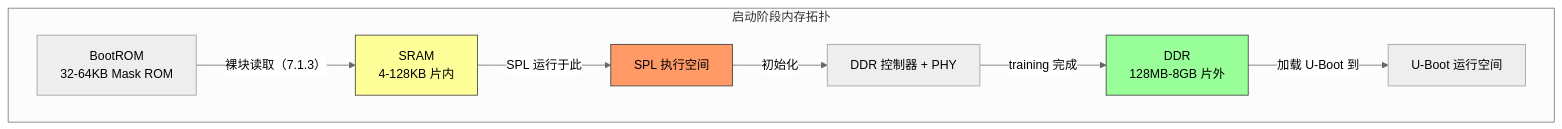
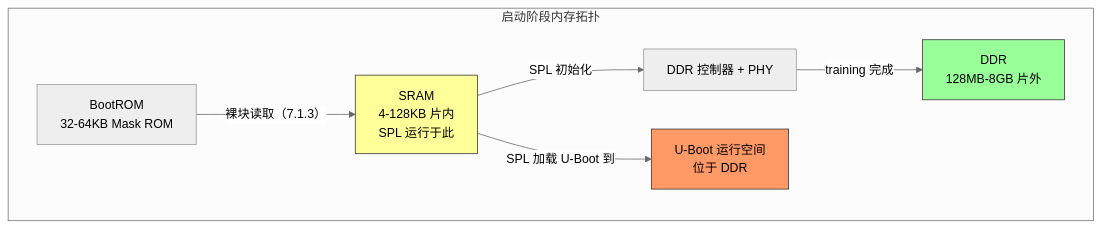
The first of 2 diagrams in docs/02-核心机制深度解析/第7章 启动链深度解析/7.2.1_SPL的存在理由与内存约束.md (xiaohong0925/Embedded_Knowledge_System_V2026), drawn with Mermaid (neutral theme) before and after one commit. The commit also changed other lines of this file and 68 other files, not shown here.

````diff
--- a/docs/02-核心机制深度解析/第7章 启动链深度解析/7.2.1_SPL的存在理由与内存约束.md
+++ b/docs/02-核心机制深度解析/第7章 启动链深度解析/7.2.1_SPL的存在理由与内存约束.md
@@ -48,14 +62,13 @@
 ```mermaid
 graph TB
     subgraph "启动阶段内存拓扑"
-    A["BootROM<br/>32-64KB Mask ROM"] -->|"裸块读取（7.1.3）"| B["SRAM<br/>4-128KB 片内"]
-    B -->|"SPL 运行于此"| C["SPL 执行空间"]
-    C -->|"初始化"| D["DDR 控制器 + PHY"]
+    A["BootROM<br/>32-64KB Mask ROM"] -->|"裸块读取（7.1.3）"| B["SRAM<br/>4-128KB 片内<br/>SPL 运行于此"]
+    B -->|"SPL 初始化"| D["DDR 控制器 + PHY"]
     D -->|"training 完成"| E["DDR<br/>128MB-8GB 片外"]
-    E -->|"加载 U-Boot 到"| F["U-Boot 运行空间"]
+    B -->|"SPL 加载 U-Boot 到"| F["U-Boot 运行空间<br/>位于 DDR"]
     end
 
     style B fill:#ff9,stroke:#333
     style E fill:#9f9,stroke:#333
-    style C fill:#f96,stroke:#333
+    style F fill:#f96,stroke:#333
 ```
````
